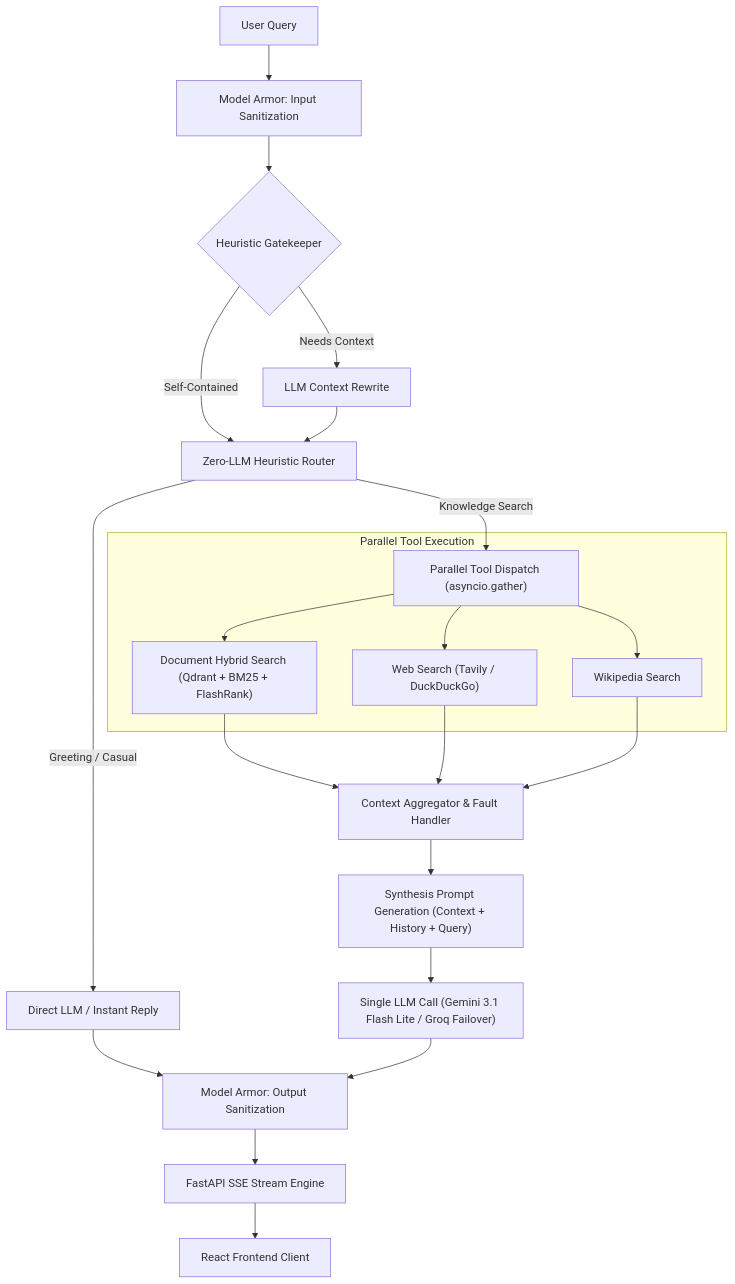
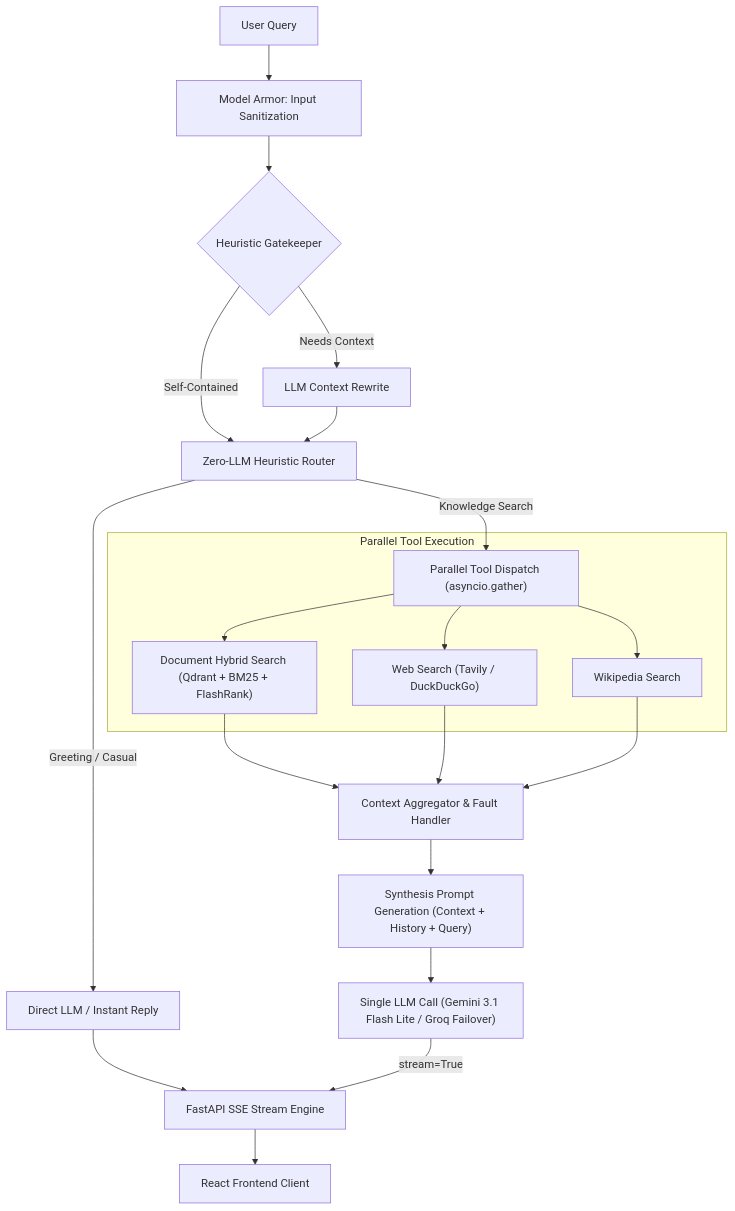
Before and after one commit to sushrutha777/AI-Platform-with-Agentic-Retrieval: the diagram in README.md, drawn with Mermaid. The commit also changed other lines of this file and 4 other files, not shown here.

First line of the commit message:
fix: remove output Model Armor guardrail to restore progressive streaming

````diff
--- a/README.md
+++ b/README.md
@@ -18,28 +18,27 @@
 ```mermaid
 flowchart TD
     A[User Query] --> MAI["Model Armor: Input Sanitization"]
     MAI --> B{Heuristic Gatekeeper}
     B -->|Needs Context| B1[LLM Context Rewrite]
     B -->|Self-Contained| C[Zero-LLM Heuristic Router]
     B1 --> C
     
     C -->|Greeting / Casual| D[Direct LLM / Instant Reply]
     C -->|Knowledge Search| E["Parallel Tool Dispatch (asyncio.gather)"]
     
     subgraph Parallel Tool Execution
         E --> F["Document Hybrid Search (Qdrant + BM25 + FlashRank)"]
         E --> G["Web Search (Tavily / DuckDuckGo)"]
         E --> H["Wikipedia Search"]
     end
     
     F --> I[Context Aggregator & Fault Handler]
     G --> I
     H --> I
     
     I --> J["Synthesis Prompt Generation (Context + History + Query)"]
     J --> K["Single LLM Call (Gemini 3.1 Flash Lite / Groq Failover)"]
-    D --> MAO["Model Armor: Output Sanitization"]
-    K --> MAO
-    MAO --> L[FastAPI SSE Stream Engine]
+    D --> L[FastAPI SSE Stream Engine]
+    K -->|"stream=True"| L
     L --> M[React Frontend Client]
 ```
````
